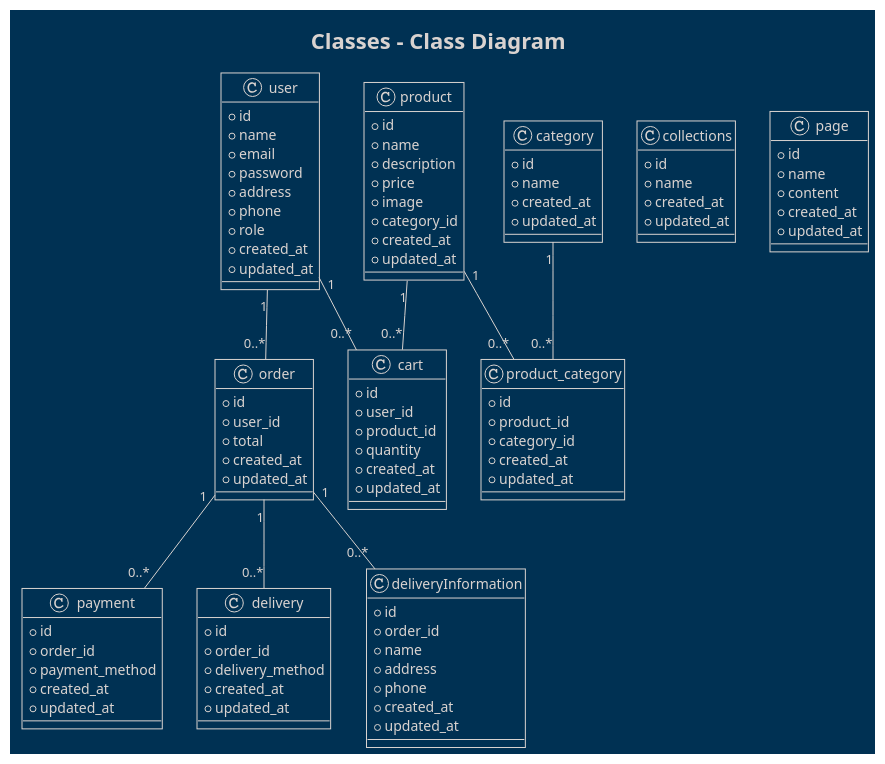
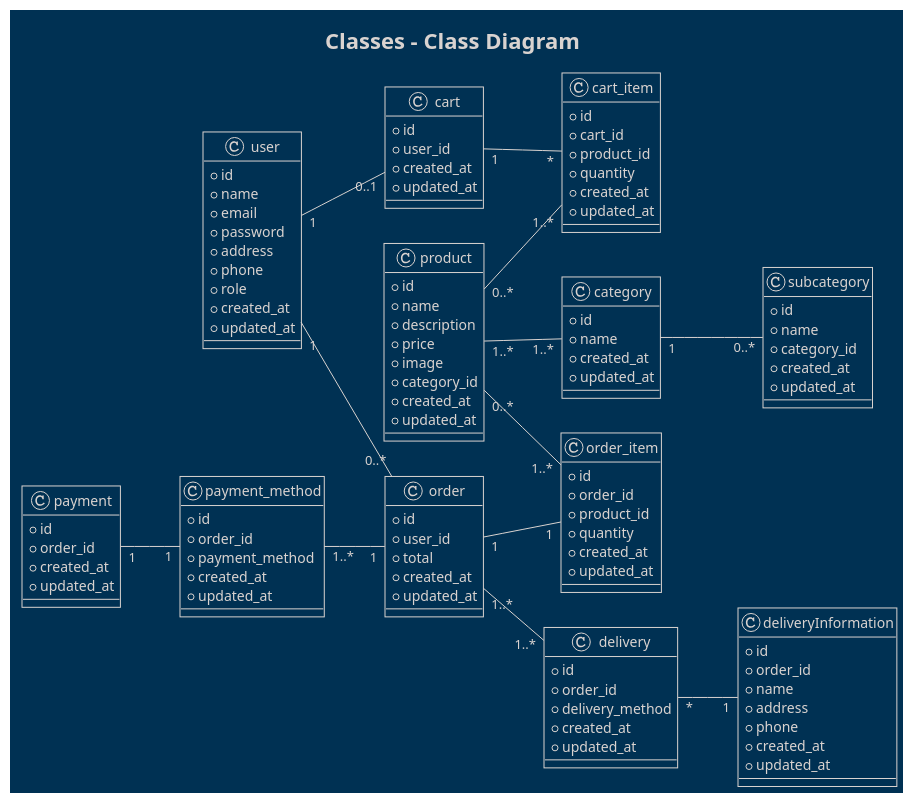
Before and after one commit to Pixeloceax/HarmonyHeaven: the diagram in diagram/class/database.wsd, drawn with PlantUML.

Commit message:
Feature class diagram

```diff
--- a/diagram/class/database.wsd
+++ b/diagram/class/database.wsd
@@ -1,113 +1,127 @@
 @startuml class diagram
 
 skin rose
 !theme blueprint
+
+left to right direction
 
 title Classes - Class Diagram
 
 class user {
     + id
     + name
     + email
     + password
     + address
     + phone
     + role
     + created_at
     + updated_at
 }
 
 class product {
     + id
     + name
     + description
     + price
     + image
     + category_id
     + created_at
     + updated_at
 }
 
 class category {
     + id
     + name
     + created_at
     + updated_at
 }
 
-class collections {
+class subcategory {
     + id
     + name
-    + created_at
-    + updated_at
-}
-
-class product_category {
-    + id
-    + product_id
     + category_id
     + created_at
     + updated_at
 }
 
 class cart {
     + id
     + user_id
-    + product_id
-    + quantity
     + created_at
     + updated_at
 }
 
-class page {
+class cart_item {
     + id
-    + name
-    + content
+    + cart_id
+    + product_id
+    + quantity
     + created_at
     + updated_at
 }
 
 class order {
     + id
     + user_id
     + total
     + created_at
     + updated_at
 }
 
+class order_item {
+    + id
+    + order_id
+    + product_id
+    + quantity
+    + created_at
+    + updated_at
+}
+
+class payment_method {
+    + id
+    + order_id
+    + payment_method
+    + created_at
+    + updated_at
+}
+
 class payment {
     + id
     + order_id
-    + payment_method
     + created_at
     + updated_at
 }
 
 class delivery {
     + id
     + order_id
     + delivery_method
     + created_at
     + updated_at
 }
 
 class deliveryInformation {
     + id
     + order_id
     + name
     + address
     + phone
     + created_at
     + updated_at
 }
 
-user "1" -- "0..*" cart
+user "1" -- "0..1" cart
 user "1" -- "0..*" order
-order "1" -- "0..*" payment
-order "1" -- "0..*" delivery
-order "1" -- "0..*" deliveryInformation
-product "1" -- "0..*" cart
-product "1" -- "0..*" product_category
-category "1" -- "0..*" product_category
+order "1" -- "1" order_item
+order "1..*" -- "1..*" delivery
+delivery "*" -- "1" deliveryInformation
+payment_method "1..*" -- "1" order
+payment "1" -- "1" payment_method
+product "1..*" -- "1..*" category
+product "0..*" -- "1..*" cart_item
+product "0..*" -- "1..*" order_item
+category "1" -- "0..*" subcategory
+cart "1" -- "*" cart_item
 
 @enduml
```
